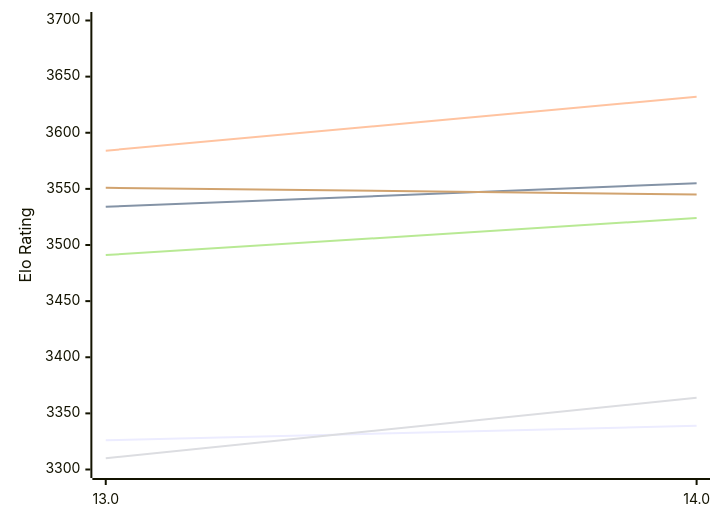
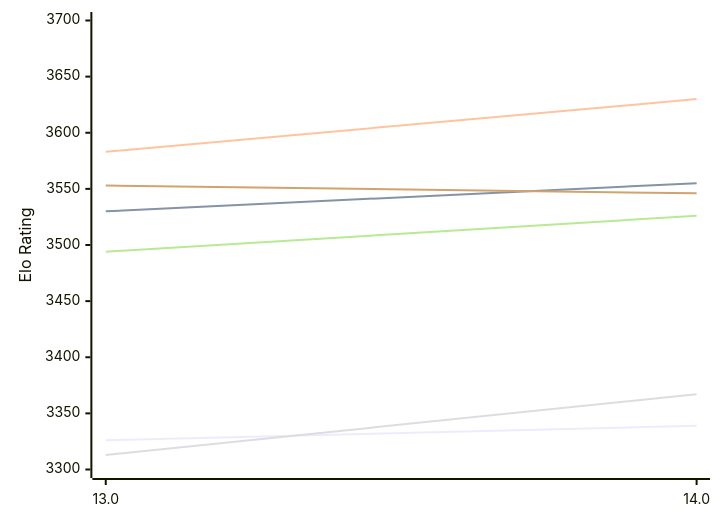
The first of 2 diagrams in engines/Tcheran.md (computer-chess-index/cci), drawn with Mermaid before and after one commit. The commit also changed other lines of this file, not shown here.

Commit message:
Update CCI Ratings (ELO VLTC) - 2026-11-24

````diff
--- a/engines/Tcheran.md
+++ b/engines/Tcheran.md
@@ -55,12 +55,12 @@
 ```mermaid
 %%{init: {"theme":"base","themeVariables":{"seriesColors:['#a3a3a3','#222221','#faa371']}}}%%
 xychart-beta
   x-axis ["13.0", "14.0"]
   y-axis "Elo Rating" 3300 --> 3700
   line "E1: STC (8.0+0.08s)" [3326, 3339]
-  line "E1: LTC (60.0+0.60s)" [3534, 3555]
-  line "E1: VLTC (2m24s+1.12s)" [3584, 3632]
-  line "P1: STC (8.0+0.08s)" [3310, 3364]
-  line "P1: LTC (60.0+0.60s)" [3491, 3524]
-  line "P1: VLTC (2m24s+1.12s)" [3551, 3545]
+  line "E1: LTC (60.0+0.60s)" [3530, 3555]
+  line "E1: VLTC (2m24s+1.12s)" [3583, 3630]
+  line "P1: STC (8.0+0.08s)" [3313, 3367]
+  line "P1: LTC (60.0+0.60s)" [3494, 3526]
+  line "P1: VLTC (2m24s+1.12s)" [3553, 3546]
 ```
````
